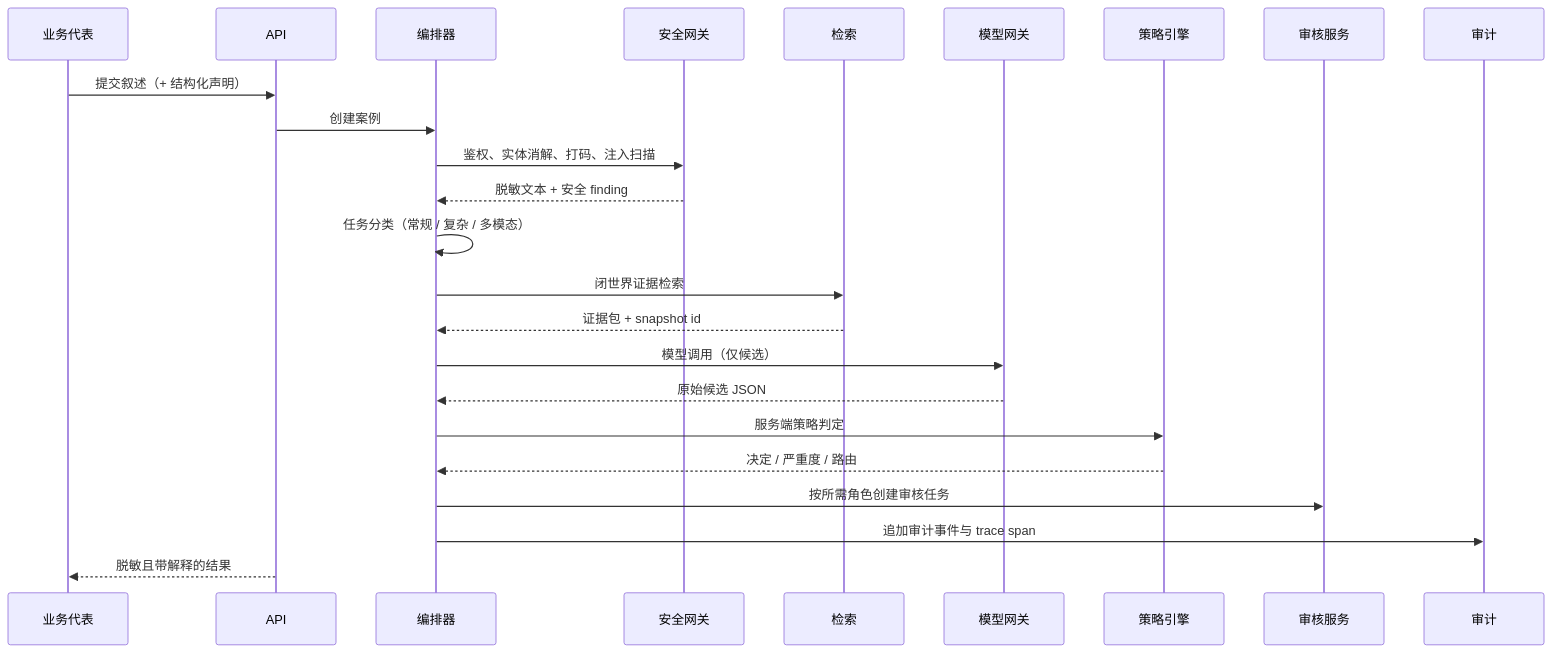
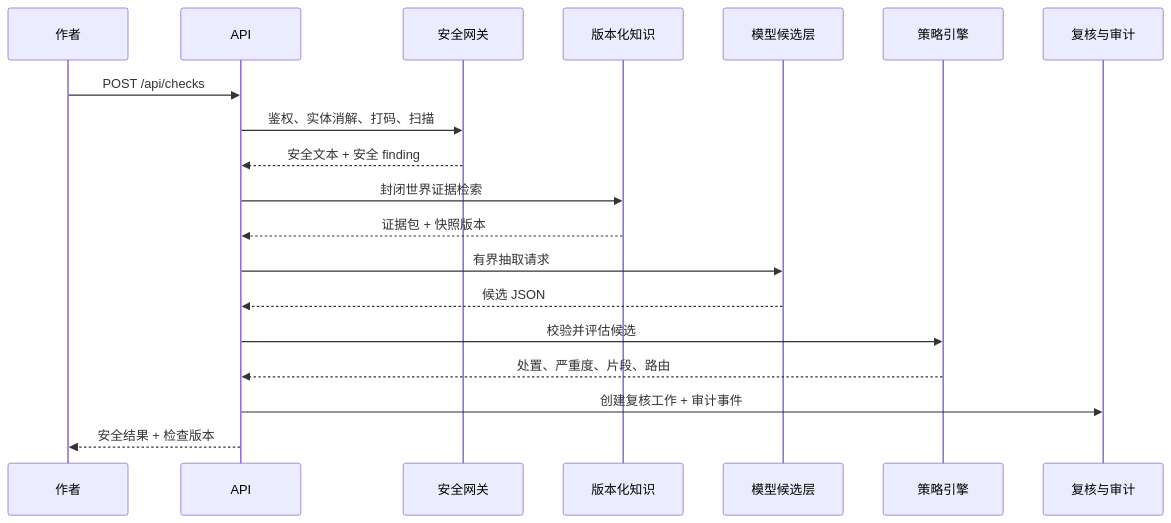
Before and after one commit to Minus77/Compliance-AI-Guard: the third of 5 diagrams in docs/zh/architecture.md, drawn with Mermaid. The commit also changed other lines of this file and 13 other files, not shown here.

````diff
--- a/docs/zh/architecture.md
+++ b/docs/zh/architecture.md
@@ -55,27 +81,22 @@
 ```mermaid
 sequenceDiagram
-    participant U as 业务代表
+    participant U as 作者
     participant API as API
-    participant ORC as 编排器
     participant SEC as 安全网关
-    participant RTR as 检索
-    participant GW as 模型网关
-    participant POL as 策略引擎
-    participant RVW as 审核服务
-    participant AUD as 审计
+    participant K as 版本化知识
+    participant M as 模型候选层
+    participant P as 策略引擎
+    participant R as 复核与审计
 
-    U->>API: 提交叙述（+ 结构化声明）
-    API->>ORC: 创建案例
-    ORC->>SEC: 鉴权、实体消解、打码、注入扫描
-    SEC-->>ORC: 脱敏文本 + 安全 finding
-    ORC->>ORC: 任务分类（常规 / 复杂 / 多模态）
-    ORC->>RTR: 闭世界证据检索
-    RTR-->>ORC: 证据包 + snapshot id
-    ORC->>GW: 模型调用（仅候选）
-    GW-->>ORC: 原始候选 JSON
-    ORC->>POL: 服务端策略判定
-    POL-->>ORC: 决定 / 严重度 / 路由
-    ORC->>RVW: 按所需角色创建审核任务
-    ORC->>AUD: 追加审计事件与 trace span
-    API-->>U: 脱敏且带解释的结果
+    U->>API: POST /api/checks
+    API->>SEC: 鉴权、实体消解、打码、扫描
+    SEC-->>API: 安全文本 + 安全 finding
+    API->>K: 封闭世界证据检索
+    K-->>API: 证据包 + 快照版本
+    API->>M: 有界抽取请求
+    M-->>API: 候选 JSON
+    API->>P: 校验并评估候选
+    P-->>API: 处置、严重度、片段、路由
+    API->>R: 创建复核工作 + 审计事件
+    API-->>U: 安全结果 + 检查版本
 ```
````
